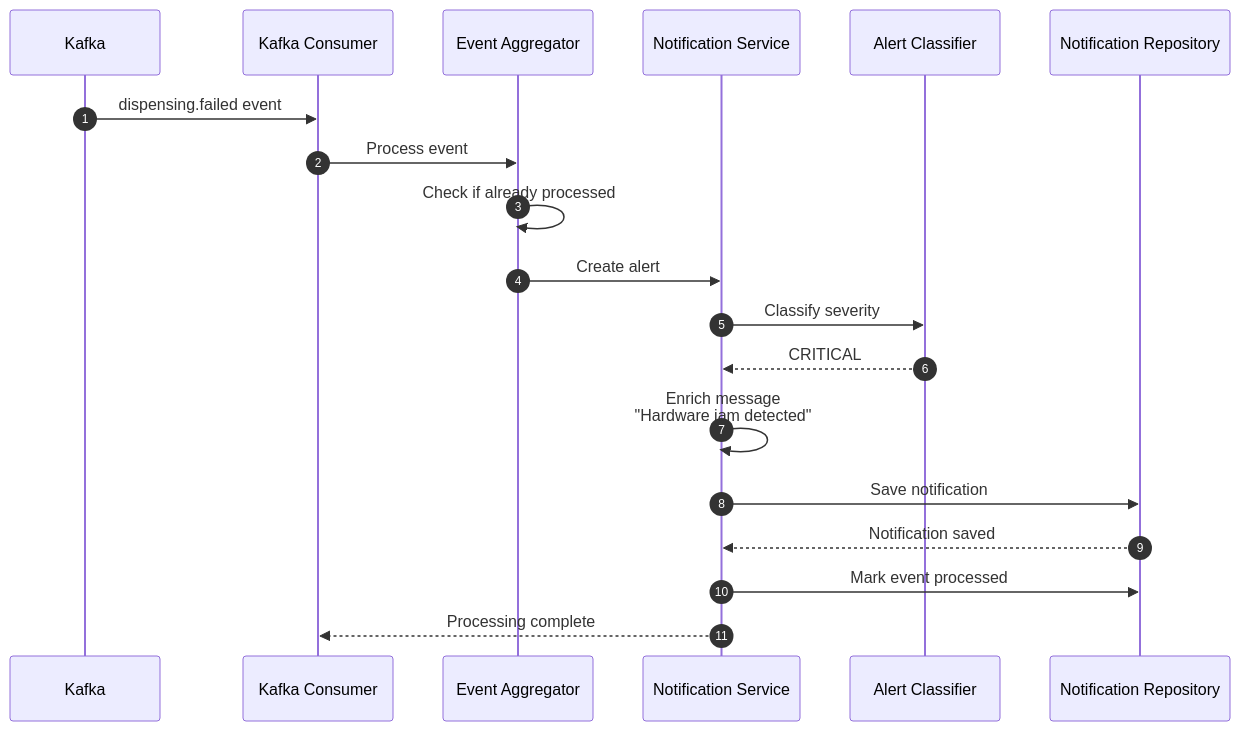
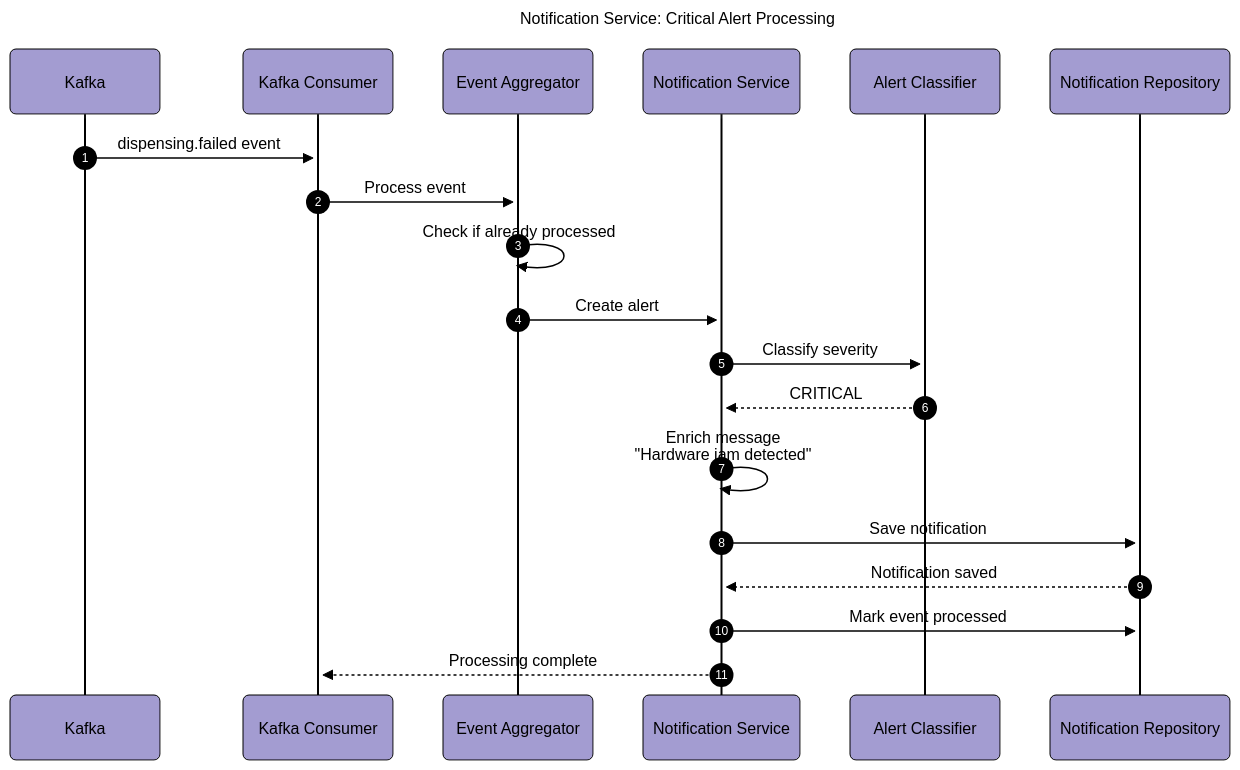
Before and after one commit to BrunoGil-AS/Vending-Machine-Microservices: the sixth of 8 diagrams in Documentation/diagrams/notification-service.md, drawn with Mermaid. The commit also changed other lines of this file and 7 other files, not shown here.

Commit message:
docs: Update service diagrams with new configurations and titles

````diff
--- a/Documentation/diagrams/notification-service.md
+++ b/Documentation/diagrams/notification-service.md
@@ -228,26 +298,40 @@
 ```mermaid
+---
+config:
+  theme: base
+  themeVariables:
+    primaryColor: '#a39cd1ff'
+    primaryTextColor: '#000000'
+    secondaryTextColor: '#ffffffff'
+    primaryBorderColor: '#000000'
+    lineColor: '#000000ff'
+    secondaryColor: '#90b590ff'
+    tertiaryColor: '#f9f6a1ff'
+  look: neo
+title: 'Notification Service: Critical Alert Processing'
+---
 sequenceDiagram
     autonumber
     participant Kafka
     participant Consumer as Kafka Consumer
     participant Aggregator as Event Aggregator
     participant Service as Notification Service
     participant Classifier as Alert Classifier
     participant Repo as Notification Repository
 
     Kafka->>Consumer: dispensing.failed event
     Consumer->>Aggregator: Process event
 
     Aggregator->>Aggregator: Check if already processed
     Aggregator->>Service: Create alert
 
     Service->>Classifier: Classify severity
     Classifier-->>Service: CRITICAL
 
     Service->>Service: Enrich message<br/>"Hardware jam detected"
     Service->>Repo: Save notification
     Repo-->>Service: Notification saved
 
     Service->>Repo: Mark event processed
     Service-->>Consumer: Processing complete
 ```
````
